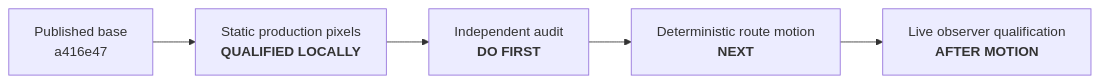
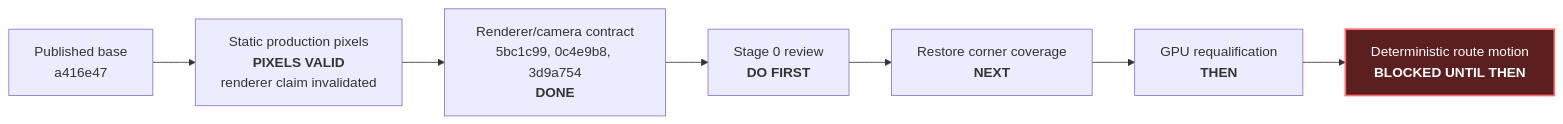
One commit to alexandergmzx/corridor-twin changed the diagram in docs/HANDOFF.md. Above: the diagram before and after it, drawn with Mermaid. The commit also changed other lines of this file and 7 other files, not shown here.

````diff
--- a/docs/HANDOFF.md
+++ b/docs/HANDOFF.md
@@ -23,7 +71,11 @@
 ```mermaid
 flowchart LR
-    Base["Published base<br/>a416e47"] --> Static["Static production pixels<br/><b>QUALIFIED LOCALLY</b>"]
-    Static --> Audit["Independent audit<br/><b>DO FIRST</b>"]
-    Audit --> Motion["Deterministic route motion<br/><b>NEXT</b>"]
-    Motion --> Live["Live observer qualification<br/><b>AFTER MOTION</b>"]
+    Base["Published base<br/>a416e47"] --> Static["Static production pixels<br/><b>PIXELS VALID</b><br/>renderer claim invalidated"]
+    Static --> Fixes["Renderer/camera contract<br/>5bc1c99, 0c4e9b8, 3d9a754<br/><b>DONE</b>"]
+    Fixes --> Review["Stage 0 review<br/><b>DO FIRST</b>"]
+    Review --> Coverage["Restore corner coverage<br/><b>NEXT</b>"]
+    Coverage --> Requal["GPU requalification<br/><b>THEN</b>"]
+    Requal --> Motion["Deterministic route motion<br/><b>BLOCKED UNTIL THEN</b>"]:::blocked
+
+    classDef blocked fill:#5c1f1f,color:#ffffff,stroke:#ff6b6b,stroke-width:2px;
 ```
````
